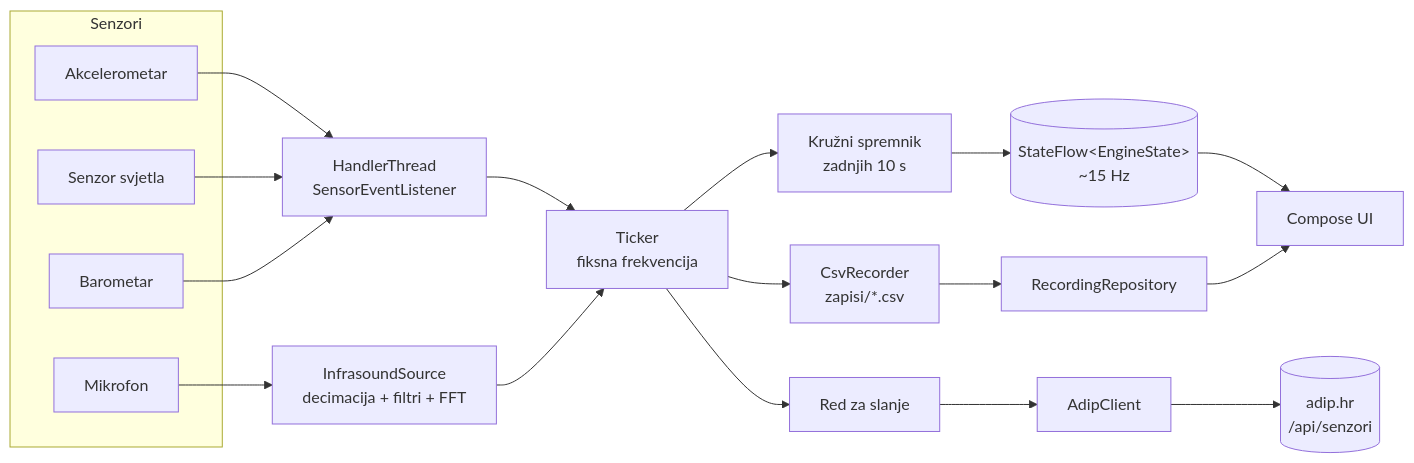
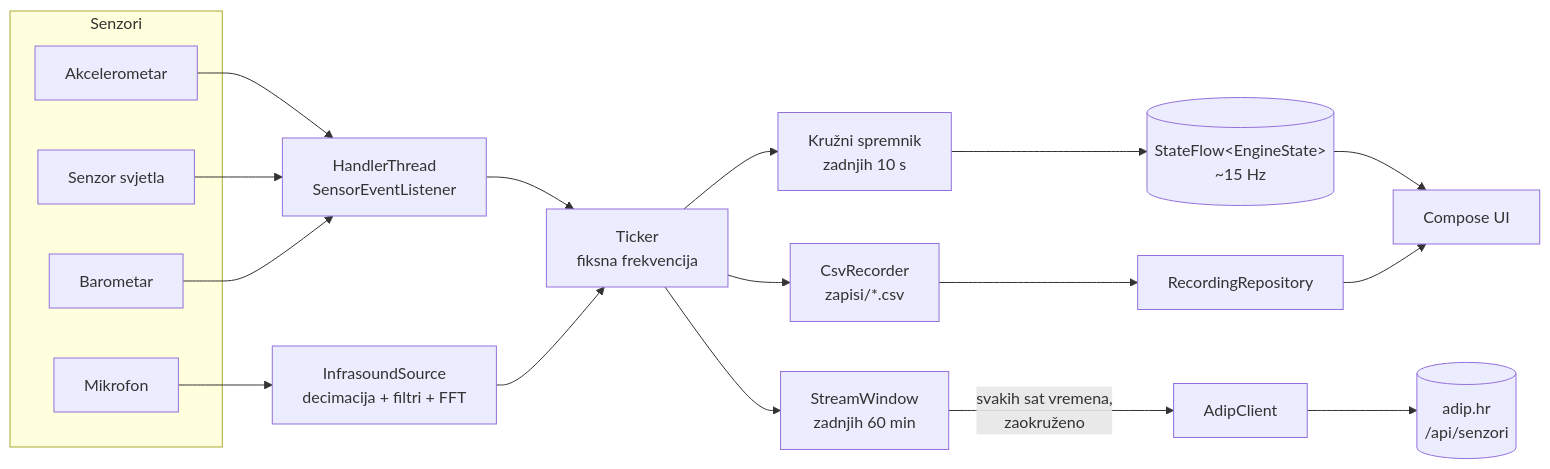
Before and after one commit to ssegota/adip-senzori: the first of 2 diagrams in README.md, drawn with Mermaid. The commit also changed other lines of this file and 12 other files, not shown here.

First line of the commit message:
1.5: stream šalje paket sa zadnjih sat vremena jednom na sat, vrijednosti na serveru zaokružene

````diff
--- a/README.md
+++ b/README.md
@@ -87,24 +87,24 @@
 ```mermaid
 flowchart LR
   subgraph Senzori
     ACC[Akcelerometar]
     LUX[Senzor svjetla]
     BAR[Barometar]
     MIC[Mikrofon]
   end
 
   MIC --> INF[InfrasoundSource<br/>decimacija + filtri + FFT]
   ACC & LUX & BAR --> HT[HandlerThread<br/>SensorEventListener]
 
   HT --> TICK[Ticker<br/>fiksna frekvencija]
   INF --> TICK
 
   TICK --> HIST[Kružni spremnik<br/>zadnjih 10 s]
   TICK --> CSV[CsvRecorder<br/>zapisi/*.csv]
-  TICK --> Q[Red za slanje]
+  TICK --> Q[StreamWindow<br/>zadnjih 60 min]
 
   HIST --> STATE[(StateFlow&lt;EngineState&gt;<br/>~15 Hz)]
   STATE --> UI[Compose UI]
-  Q --> API[AdipClient] --> WEB[(adip.hr<br/>/api/senzori)]
+  Q -->|svakih sat vremena,<br/>zaokruženo| API[AdipClient] --> WEB[(adip.hr<br/>/api/senzori)]
   CSV --> REPO[RecordingRepository] --> UI
 ```
````
